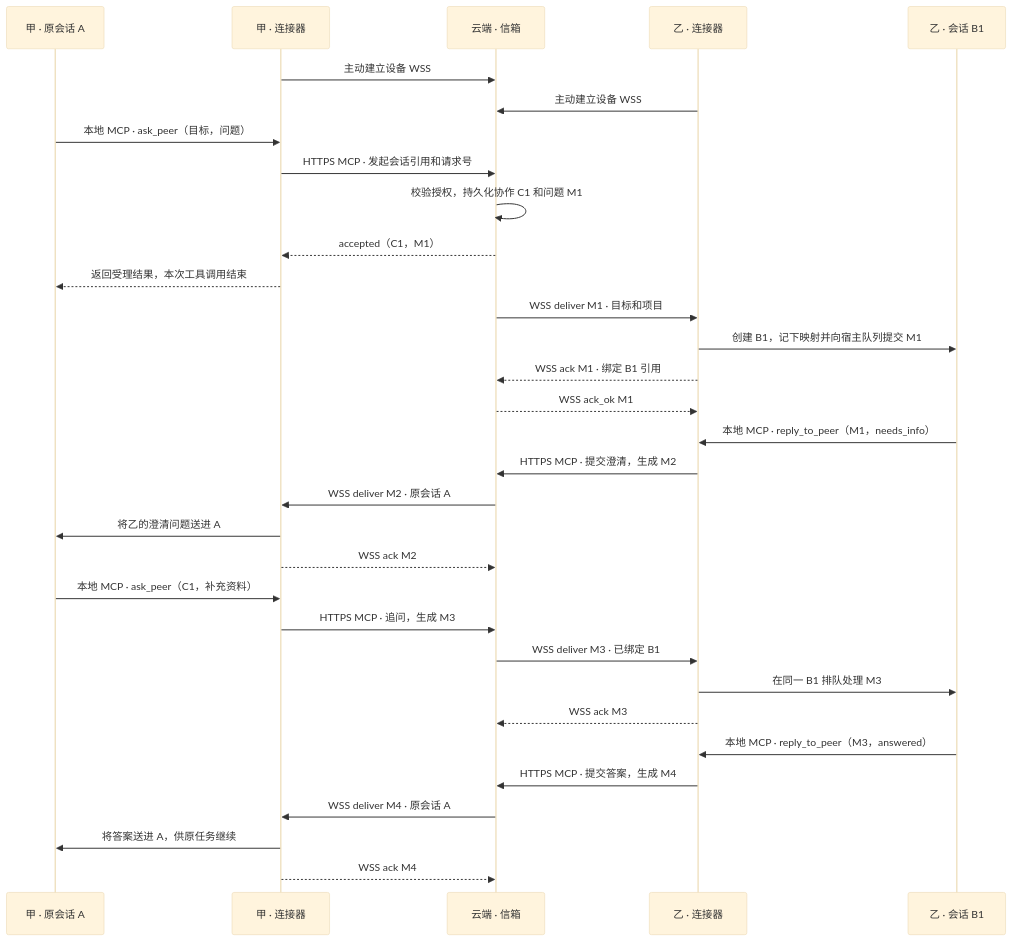
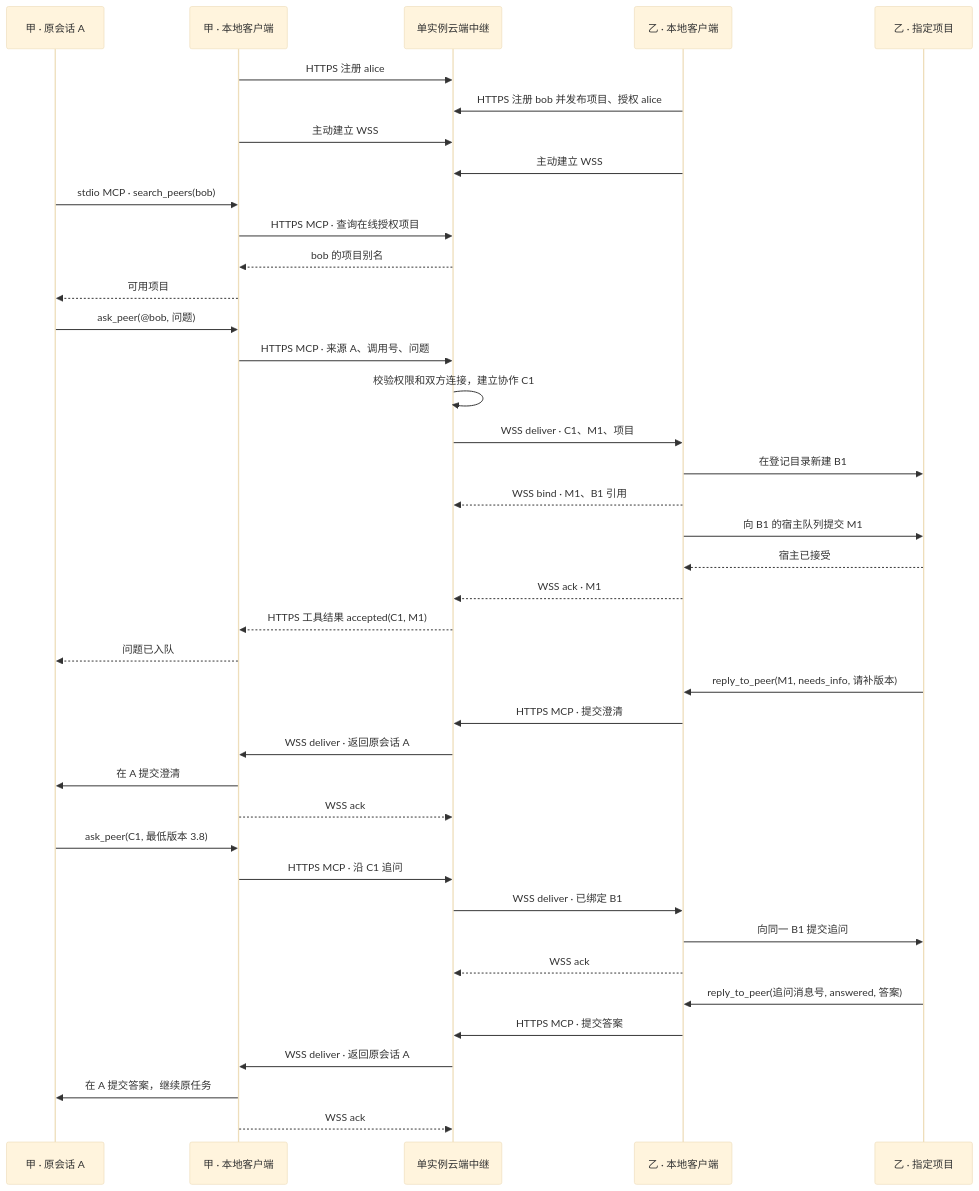
One commit to hdonLiu/agent-relay changed the diagram in docs/design.md. Above: the diagram before and after it, drawn with Mermaid (base theme). The commit also changed other lines of this file and 27 other files, not shown here.

````diff
--- a/docs/design.md
+++ b/docs/design.md
@@ -64,34 +20,42 @@
 ```mermaid
 sequenceDiagram
     participant A as 甲 · 原会话 A
-    participant CA as 甲 · 连接器
-    participant S as 云端 · 信箱
-    participant CB as 乙 · 连接器
-    participant B as 乙 · 会话 B1
-    CA->>S: 主动建立设备 WSS
-    CB->>S: 主动建立设备 WSS
-    A->>CA: 本地 MCP · ask_peer（目标，问题）
-    CA->>S: HTTPS MCP · 发起会话引用和请求号
-    S->>S: 校验授权，持久化协作 C1 和问题 M1
-    S-->>CA: accepted（C1，M1）
-    CA-->>A: 返回受理结果，本次工具调用结束
-    S->>CB: WSS deliver M1 · 目标和项目
-    CB->>B: 创建 B1，记下映射并向宿主队列提交 M1
-    CB-->>S: WSS ack M1 · 绑定 B1 引用
-    S-->>CB: WSS ack_ok M1
-    B->>CB: 本地 MCP · reply_to_peer（M1，needs_info）
-    CB->>S: HTTPS MCP · 提交澄清，生成 M2
-    S->>CA: WSS deliver M2 · 原会话 A
-    CA->>A: 将乙的澄清问题送进 A
-    CA-->>S: WSS ack M2
-    A->>CA: 本地 MCP · ask_peer（C1，补充资料）
-    CA->>S: HTTPS MCP · 追问，生成 M3
-    S->>CB: WSS deliver M3 · 已绑定 B1
-    CB->>B: 在同一 B1 排队处理 M3
-    CB-->>S: WSS ack M3
-    B->>CB: 本地 MCP · reply_to_peer（M3，answered）
-    CB->>S: HTTPS MCP · 提交答案，生成 M4
-    S->>CA: WSS deliver M4 · 原会话 A
-    CA->>A: 将答案送进 A，供原任务继续
-    CA-->>S: WSS ack M4
+    participant CA as 甲 · 本地客户端
+    participant S as 单实例云端中继
+    participant CB as 乙 · 本地客户端
+    participant B as 乙 · 指定项目
+    CA->>S: HTTPS 注册 alice
+    CB->>S: HTTPS 注册 bob 并发布项目、授权 alice
+    CA->>S: 主动建立 WSS
+    CB->>S: 主动建立 WSS
+    A->>CA: stdio MCP · search_peers(bob)
+    CA->>S: HTTPS MCP · 查询在线授权项目
+    S-->>CA: bob 的项目别名
+    CA-->>A: 可用项目
+    A->>CA: ask_peer(@bob, 问题)
+    CA->>S: HTTPS MCP · 来源 A、调用号、问题
+    S->>S: 校验权限和双方连接，建立协作 C1
+    S->>CB: WSS deliver · C1、M1、项目
+    CB->>B: 在登记目录新建 B1
+    CB-->>S: WSS bind · M1、B1 引用
+    CB->>B: 向 B1 的宿主队列提交 M1
+    B-->>CB: 宿主已接受
+    CB-->>S: WSS ack · M1
+    S-->>CA: HTTPS 工具结果 accepted(C1, M1)
+    CA-->>A: 问题已入队
+    B->>CB: reply_to_peer(M1, needs_info, 请补版本)
+    CB->>S: HTTPS MCP · 提交澄清
+    S->>CA: WSS deliver · 返回原会话 A
+    CA->>A: 在 A 提交澄清
+    CA-->>S: WSS ack
+    A->>CA: ask_peer(C1, 最低版本 3.8)
+    CA->>S: HTTPS MCP · 沿 C1 追问
+    S->>CB: WSS deliver · 已绑定 B1
+    CB->>B: 向同一 B1 提交追问
+    CB-->>S: WSS ack
+    B->>CB: reply_to_peer(追问消息号, answered, 答案)
+    CB->>S: HTTPS MCP · 提交答案
+    S->>CA: WSS deliver · 返回原会话 A
+    CA->>A: 在 A 提交答案，继续原任务
+    CA-->>S: WSS ack
 ```
````
